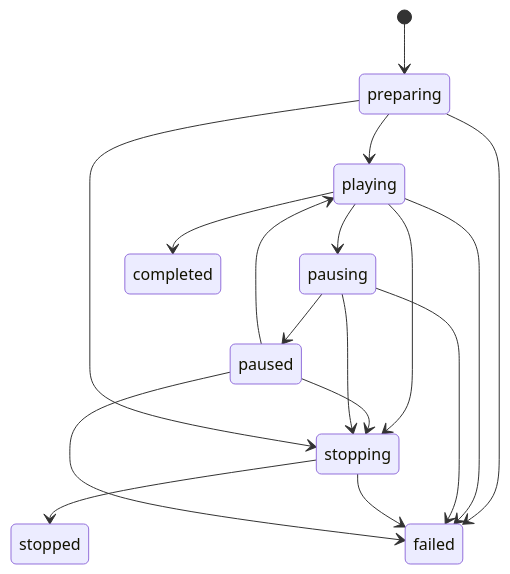
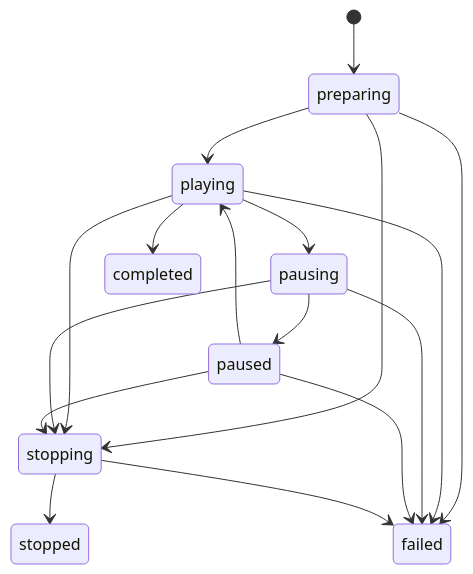
The second of 2 diagrams in docs/architecture.md (jakara/playbook), drawn with Mermaid before and after one commit. The commit also changed other lines of this file and 34 other files, not shown here.

````diff
--- a/docs/architecture.md
+++ b/docs/architecture.md
@@ -107,19 +107,19 @@
 ```mermaid
 stateDiagram-v2
   [*] --> preparing
   preparing --> playing
   preparing --> failed
+  preparing --> stopping
   playing --> pausing
   pausing --> paused
   paused --> playing
   playing --> stopping
+  pausing --> stopping
   paused --> stopping
-  pausing --> stopping
-  preparing --> stopping
   playing --> completed
   playing --> failed
   pausing --> failed
+  paused --> failed
   stopping --> stopped
   stopping --> failed
-  paused --> failed
 ```
````
